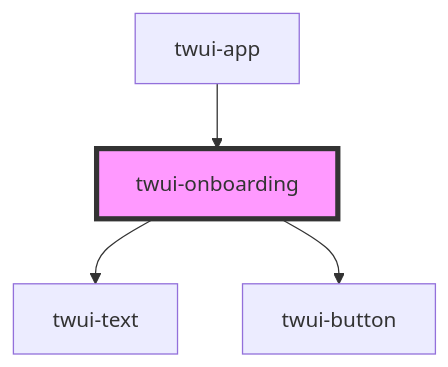
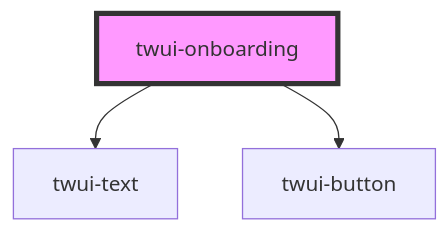
Before and after one commit to frostaura/TaleWeaver: the diagram in src/frontend/src/components/twui/src/components/pages/onboarding/readme.md, drawn with Mermaid. The commit also changed other lines of this file and 37 other files, not shown here.

````diff
--- a/src/frontend/src/components/twui/src/components/pages/onboarding/readme.md
+++ b/src/frontend/src/components/twui/src/components/pages/onboarding/readme.md
@@ -20,7 +16,6 @@
 ```mermaid
 graph TD;
   twui-onboarding --> twui-text
   twui-onboarding --> twui-button
-  twui-app --> twui-onboarding
   style twui-onboarding fill:#f9f,stroke:#333,stroke-width:4px
 ```
````
